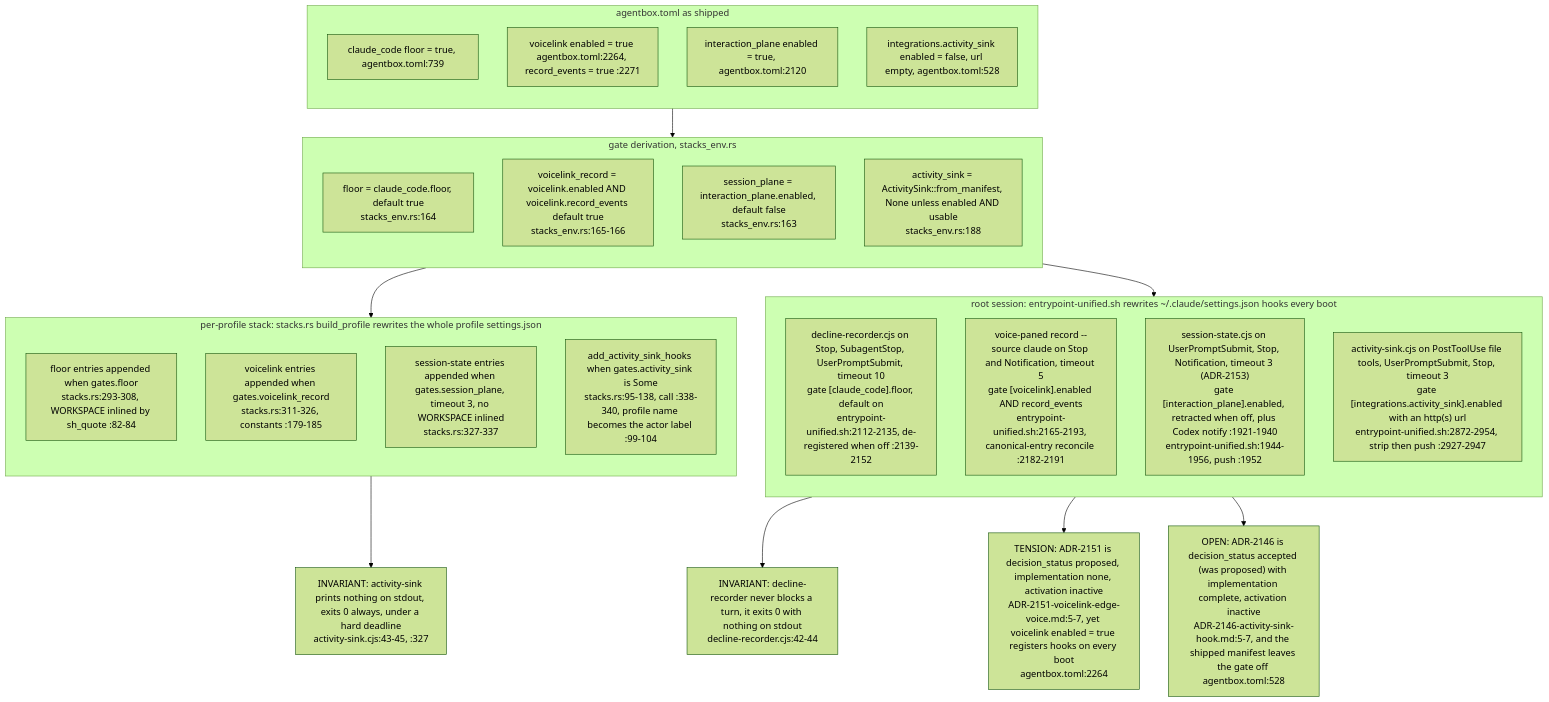
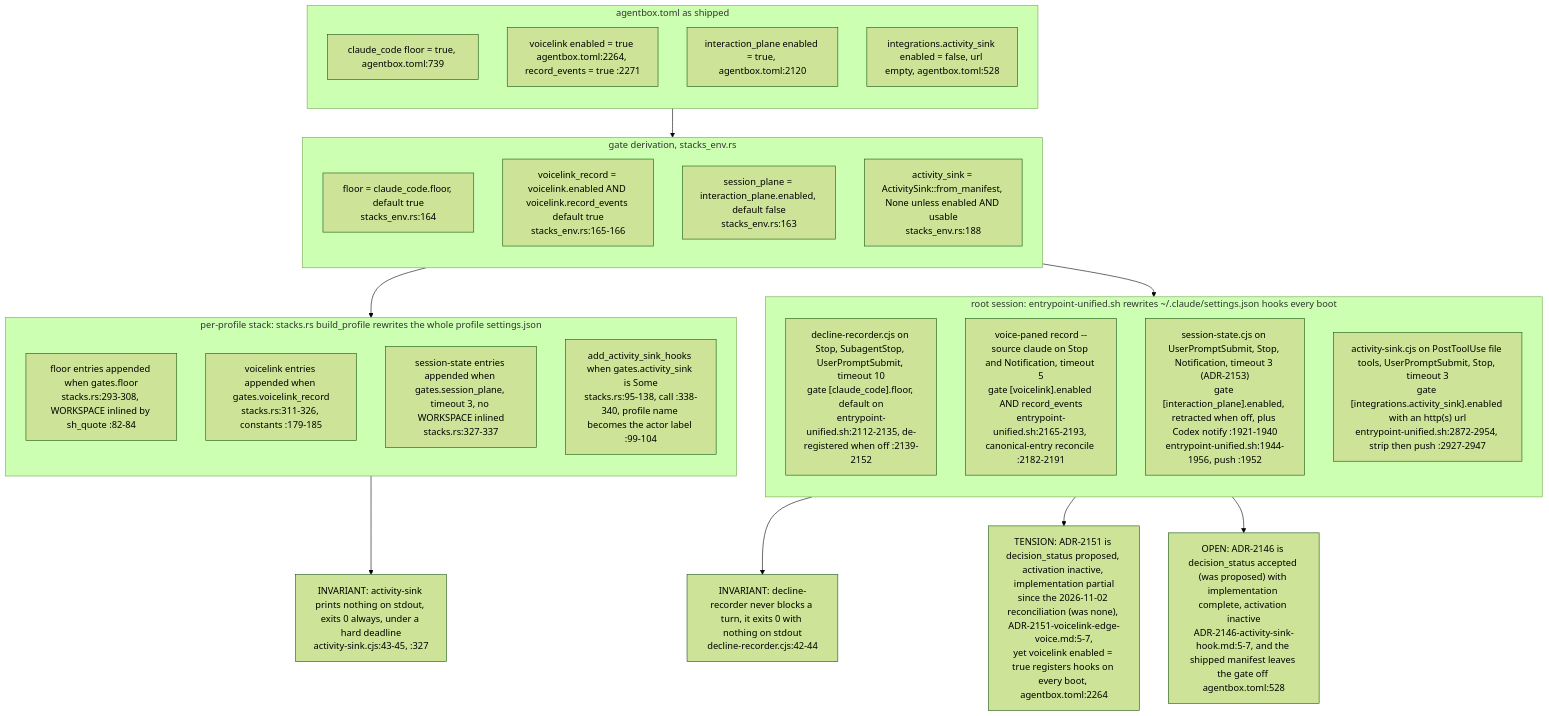
One commit to DreamLab-AI/VisionFlow changed diagram 13 of 13 in docs/diagrams/agentbox/08-hooks-pipeline.md. Above: the diagram before and after it, drawn with Mermaid (forest theme). The commit also changed other lines of this file and 10 other files, not shown here.

First line of the commit message:
docs(diagrams): re-stamp AB-01/05/08/27/28 at agentbox 5a6c165 — ADR-2151 now partial

````diff
--- a/docs/diagrams/agentbox/08-hooks-pipeline.md
+++ b/docs/diagrams/agentbox/08-hooks-pipeline.md
@@ -594,41 +594,41 @@
 ```mermaid
 flowchart TB
     subgraph ROOT["root session: entrypoint-unified.sh rewrites ~/.claude/settings.json hooks every boot"]
     direction TB
     R1["decline-recorder.cjs on Stop, SubagentStop, UserPromptSubmit, timeout 10<br/>gate [claude_code].floor, default on<br/>entrypoint-unified.sh:2112-2135, de-registered when off :2139-2152"]
     R2["voice-paned record --source claude on Stop and Notification, timeout 5<br/>gate [voicelink].enabled AND record_events<br/>entrypoint-unified.sh:2165-2193, canonical-entry reconcile :2182-2191"]
     R4["session-state.cjs on UserPromptSubmit, Stop, Notification, timeout 3 (ADR-2153)<br/>gate [interaction_plane].enabled, retracted when off, plus Codex notify :1921-1940<br/>entrypoint-unified.sh:1944-1956, push :1952"]
     R3["activity-sink.cjs on PostToolUse file tools, UserPromptSubmit, Stop, timeout 3<br/>gate [integrations.activity_sink].enabled with an http(s) url<br/>entrypoint-unified.sh:2872-2954, strip then push :2927-2947"]
     end
     subgraph PROF["per-profile stack: stacks.rs build_profile rewrites the whole profile settings.json"]
     direction TB
     P1["floor entries appended when gates.floor<br/>stacks.rs:293-308, WORKSPACE inlined by sh_quote :82-84"]
     P2["voicelink entries appended when gates.voicelink_record<br/>stacks.rs:311-326, constants :179-185"]
     P4["session-state entries appended when gates.session_plane, timeout 3, no WORKSPACE inlined<br/>stacks.rs:327-337"]
     P3["add_activity_sink_hooks when gates.activity_sink is Some<br/>stacks.rs:95-138, call :338-340, profile name becomes the actor label :99-104"]
     end
     subgraph GATE["gate derivation, stacks_env.rs"]
     direction TB
     G1["floor = claude_code.floor, default true<br/>stacks_env.rs:164"]
     G2["voicelink_record = voicelink.enabled AND voicelink.record_events default true<br/>stacks_env.rs:165-166"]
     G4["session_plane = interaction_plane.enabled, default false<br/>stacks_env.rs:163"]
     G3["activity_sink = ActivitySink::from_manifest, None unless enabled AND usable<br/>stacks_env.rs:188"]
     end
     subgraph MAN["agentbox.toml as shipped"]
     direction TB
     M1["claude_code floor = true, agentbox.toml:739"]
     M2["voicelink enabled = true agentbox.toml:2264, record_events = true :2271"]
     M4["interaction_plane enabled = true, agentbox.toml:2120"]
     M3["integrations.activity_sink enabled = false, url empty, agentbox.toml:528"]
     end
     MAN --> GATE --> PROF
     GATE --> ROOT
     NOTE1["INVARIANT: decline-recorder never blocks a turn, it exits 0 with nothing on stdout<br/>decline-recorder.cjs:42-44"]
     NOTE2["INVARIANT: activity-sink prints nothing on stdout, exits 0 always, under a hard deadline<br/>activity-sink.cjs:43-45, :327"]
-    NOTE3["TENSION: ADR-2151 is decision_status proposed, implementation none, activation inactive<br/>ADR-2151-voicelink-edge-voice.md:5-7, yet voicelink enabled = true registers hooks on every boot<br/>agentbox.toml:2264"]
+    NOTE3["TENSION: ADR-2151 is decision_status proposed, activation inactive, implementation partial<br/>since the 2026-11-02 reconciliation (was none), ADR-2151-voicelink-edge-voice.md:5-7,<br/>yet voicelink enabled = true registers hooks on every boot, agentbox.toml:2264"]
     NOTE4["OPEN: ADR-2146 is decision_status accepted (was proposed) with implementation complete, activation inactive<br/>ADR-2146-activity-sink-hook.md:5-7, and the shipped manifest leaves the gate off agentbox.toml:528"]
     ROOT --> NOTE1
     PROF --> NOTE2
     ROOT --> NOTE3
     ROOT --> NOTE4
 ```
````
